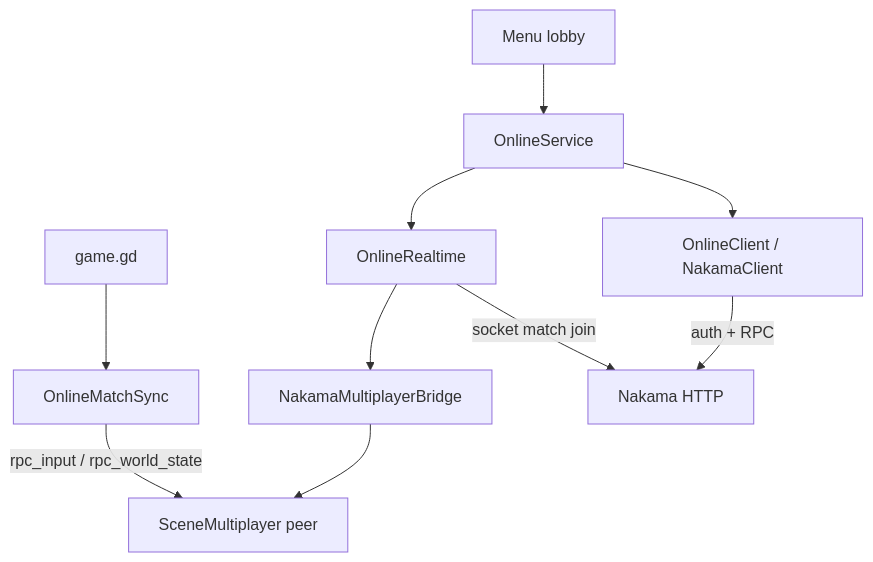
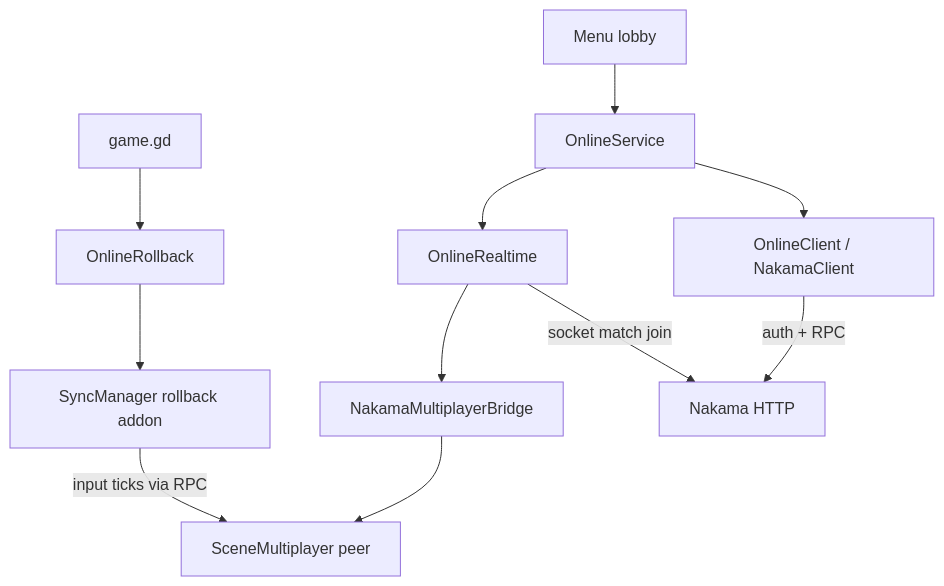
Before and after one commit to GGamezebo/GoofyBall: the first of 3 diagrams in .cursor/docs/online.md, drawn with Mermaid. The commit also changed other lines of this file and 12 other files, not shown here.

````diff
--- a/.cursor/docs/online.md
+++ b/.cursor/docs/online.md
@@ -8,12 +8,13 @@
 ```mermaid
 flowchart TB
   Menu[Menu lobby] --> Service[OnlineService]
   Service --> Client[OnlineClient / NakamaClient]
   Service --> RT[OnlineRealtime]
   RT --> Bridge[NakamaMultiplayerBridge]
   Bridge --> Peer[SceneMultiplayer peer]
-  Game[game.gd] --> Sync[OnlineMatchSync]
-  Sync -->|rpc_input / rpc_world_state| Peer
+  Game[game.gd] --> Roll[OnlineRollback]
+  Roll --> SM[SyncManager rollback addon]
+  SM -->|input ticks via RPC| Peer
   Client -->|auth + RPC| Nakama[Nakama HTTP]
   RT -->|socket match join| Nakama
 ```
````
